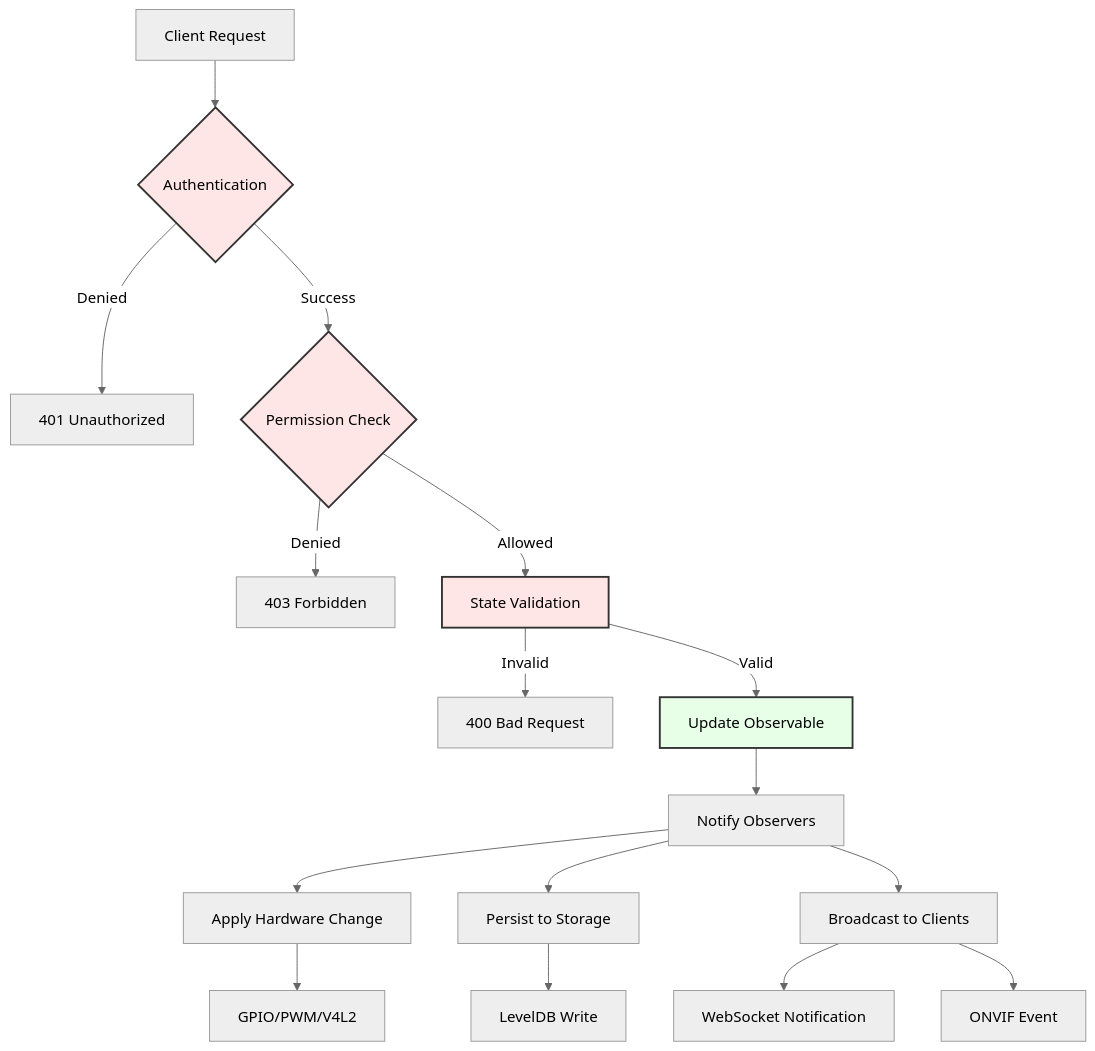
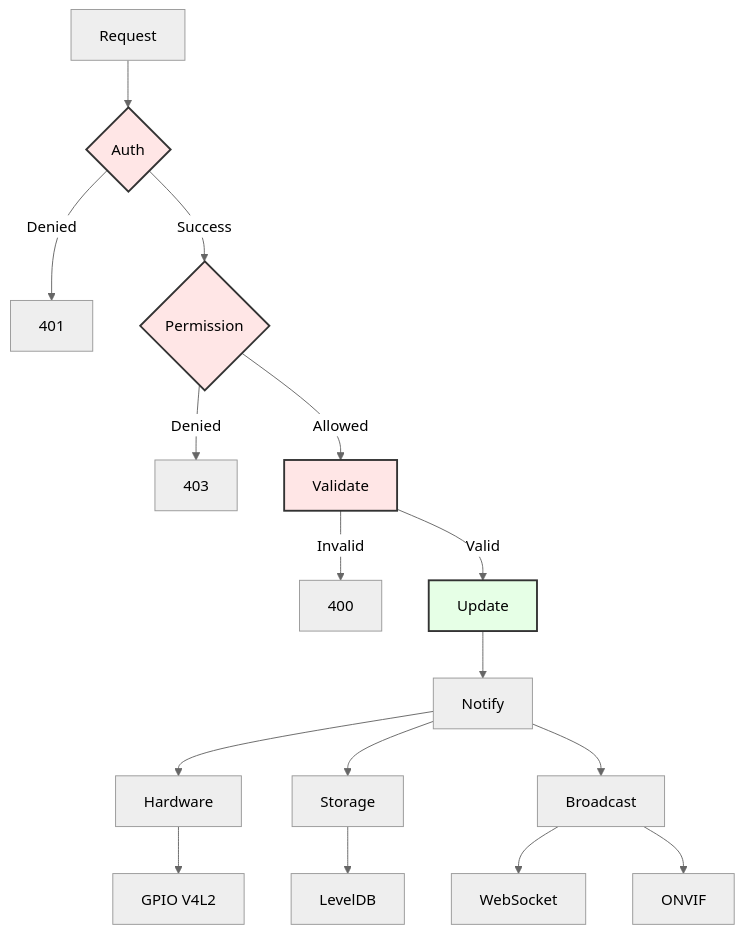
One commit to JayeshKakkad-Rotoclear/Rotoclear-C-Pro-Docs changed the sixth of 9 diagrams in docs/architecture/overview.md. Above: the diagram before and after it, drawn with Mermaid (neutral theme). The commit also changed other lines of this file and 16 other files, not shown here.

Commit message:
Fix Mermaid diagram text overflow issues - Simplified all node labels to prevent text cutoff - Removed line breaks from node text - Shortened labels while maintaining clarity - Fixed all diagrams to display properly on website

````diff
--- a/docs/architecture/overview.md
+++ b/docs/architecture/overview.md
@@ -493,26 +507,26 @@
 ```mermaid
 graph TB
-    A[Client Request] --> B{Authentication}
-    B -->|Denied| Z[401 Unauthorized]
-    B -->|Success| C{Permission Check}
-    C -->|Denied| Y[403 Forbidden]
-    C -->|Allowed| D[State Validation]
-    D -->|Invalid| X[400 Bad Request]
-    D -->|Valid| E[Update Observable]
+    A[Request] --> B{Auth}
+    B -->|Denied| Z[401]
+    B -->|Success| C{Permission}
+    C -->|Denied| Y[403]
+    C -->|Allowed| D[Validate]
+    D -->|Invalid| X[400]
+    D -->|Valid| E[Update]
     
-    E --> F[Notify Observers]
+    E --> F[Notify]
     
-    F --> G[Apply Hardware Change]
-    F --> H[Persist to Storage]
-    F --> I[Broadcast to Clients]
+    F --> G[Hardware]
+    F --> H[Storage]
+    F --> I[Broadcast]
     
-    G --> L[GPIO/PWM/V4L2]
-    H --> M[LevelDB Write]
-    I --> J[WebSocket Notification]
-    I --> K[ONVIF Event]
+    G --> L[GPIO V4L2]
+    H --> M[LevelDB]
+    I --> J[WebSocket]
+    I --> K[ONVIF]
     
     style B fill:#ffe6e6,stroke:#333,stroke-width:2px
     style C fill:#ffe6e6,stroke:#333,stroke-width:2px
     style D fill:#ffe6e6,stroke:#333,stroke-width:2px
     style E fill:#e6ffe6,stroke:#333,stroke-width:2px
 ```
````
